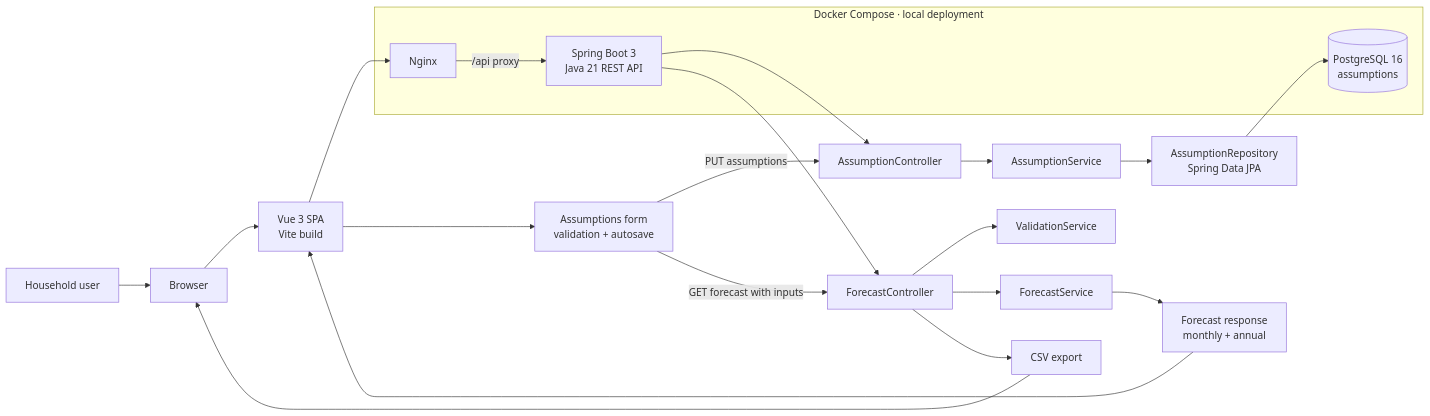
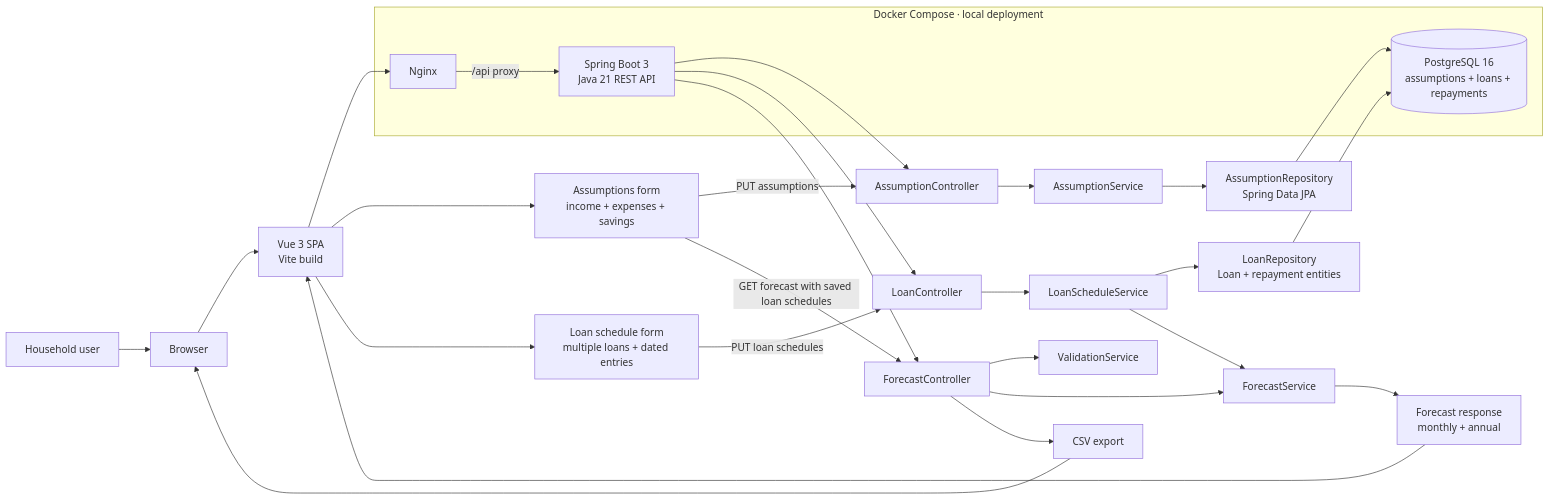
One commit to samdofreelancer/personal-finance-planner changed the diagram in docs/diagrams/system-architecture.mmd. Above: the diagram before and after it, drawn with Mermaid. The commit also changed 46 other files, not shown here.

```diff
--- a/docs/diagrams/system-architecture.mmd
+++ b/docs/diagrams/system-architecture.mmd
@@ -1,24 +1,31 @@
 flowchart LR
   U["Household user"] --> B["Browser"]
   B --> FE["Vue 3 SPA<br/>Vite build"]
   FE --> N["Nginx"]
   N -->|"/api proxy"| API["Spring Boot 3<br/>Java 21 REST API"]
   API --> AC["AssumptionController"]
+  API --> LC["LoanController"]
   API --> FC["ForecastController"]
   AC --> AS["AssumptionService"]
+  LC --> LS["LoanScheduleService"]
   FC --> VS["ValidationService"]
   FC --> FS["ForecastService"]
   AS --> REPO["AssumptionRepository<br/>Spring Data JPA"]
-  REPO --> DB[("PostgreSQL 16<br/>assumptions")]
+  LS --> LREPO["LoanRepository<br/>Loan + repayment entities"]
+  REPO --> DB[("PostgreSQL 16<br/>assumptions + loans + repayments")]
+  LREPO --> DB
+  LS --> FS
   FS --> OUT["Forecast response<br/>monthly + annual"]
   OUT --> FE
   FC --> CSV["CSV export"]
   CSV --> B
-  FE --> FORM["Assumptions form<br/>validation + autosave"]
+  FE --> FORM["Assumptions form<br/>income + expenses + savings"]
+  FE --> LFORM["Loan schedule form<br/>multiple loans + dated entries"]
   FORM -->|"PUT assumptions"| AC
-  FORM -->|"GET forecast with inputs"| FC
+  LFORM -->|"PUT loan schedules"| LC
+  FORM -->|"GET forecast with saved loan schedules"| FC
   subgraph Runtime["Docker Compose · local deployment"]
     N
     API
     DB
   end
```
